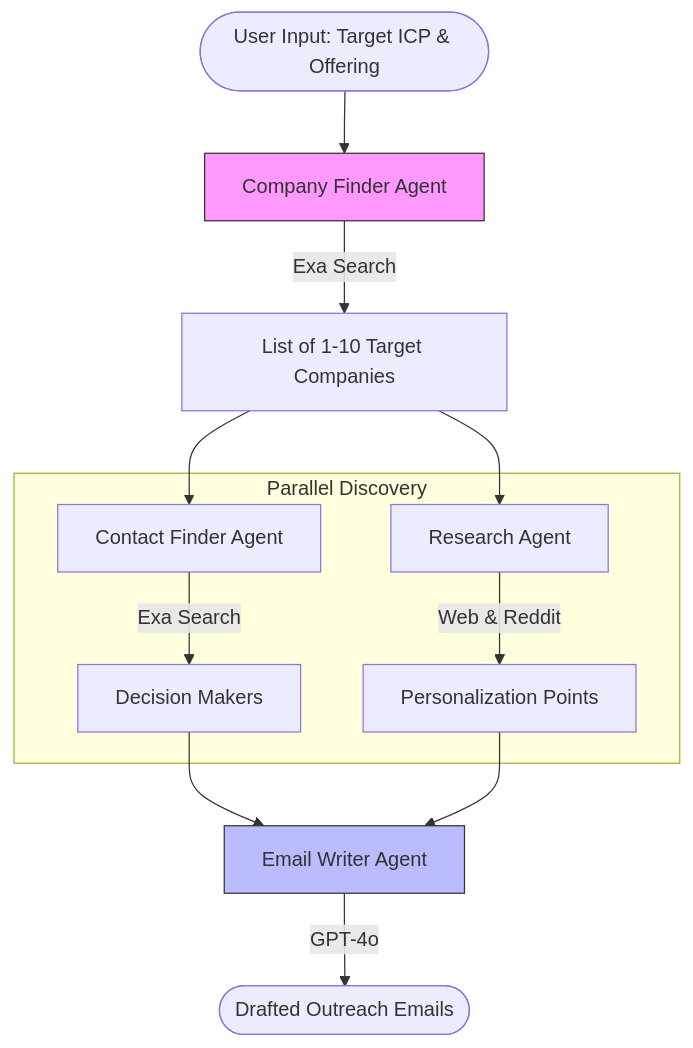
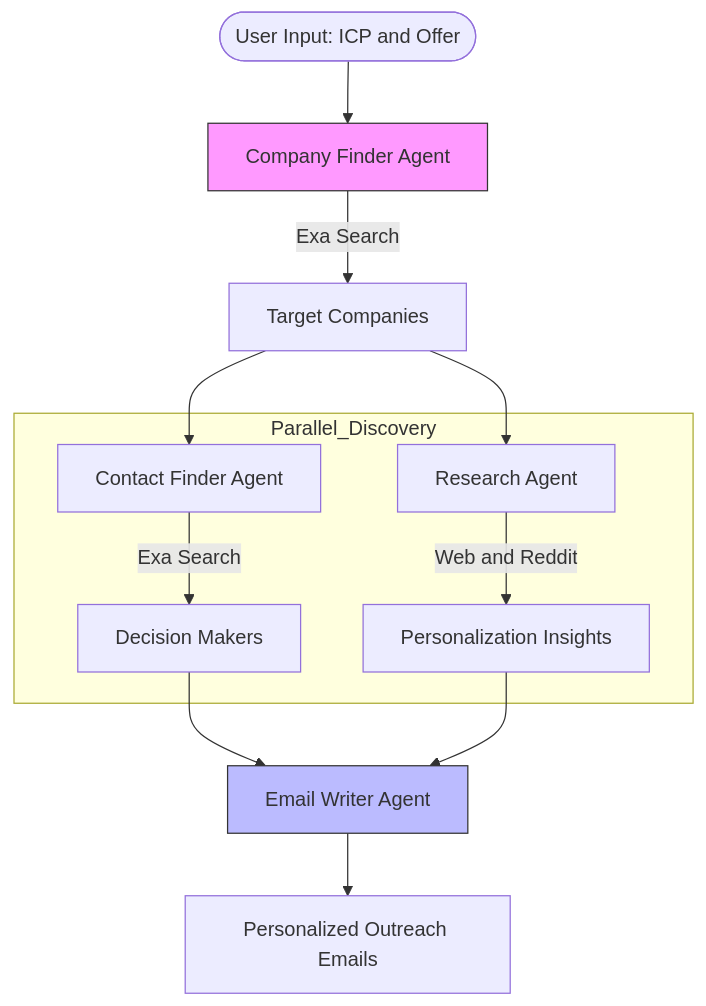
The diagram in email_outreach_agent/README.md (Hazbilal3/ai_agent), drawn with Mermaid before and after one commit. The commit also changed other lines of this file, not shown here.

`````diff
--- a/email_outreach_agent/README.md
+++ b/email_outreach_agent/README.md
@@ -15,18 +19,19 @@
 ```mermaid
 graph TD
-    User([User Input: Target ICP & Offering]) --> Company[Company Finder Agent]
-    Company -- Exa Search --> Companies[List of 1-10 Target Companies]
+    User([User Input: ICP and Offer]) --> Company[Company Finder Agent]
+    Company -->|Exa Search| Companies[Target Companies]
     Companies --> Contact[Contact Finder Agent]
     Companies --> Research[Research Agent]
-    
-    subgraph "Parallel Discovery"
-    Contact -- Exa Search --> Contacts[Decision Makers]
-    Research -- Web & Reddit --> Insights[Personalization Points]
+
+    subgraph Parallel_Discovery
+        Contact -->|Exa Search| Contacts[Decision Makers]
+        Research -->|Web and Reddit| Insights[Personalization Insights]
     end
-    
-    Contacts & Insights --> Writer[Email Writer Agent]
-    Writer -- GPT-4o --> Emails([Drafted Outreach Emails])
-    
+
+    Contacts --> Writer[Email Writer Agent]
+    Insights --> Writer
+    Writer --> Emails[Personalized Outreach Emails]
+
     style Company fill:#f9f,stroke:#333
     style Writer fill:#bbf,stroke:#333
-```
+````
`````
